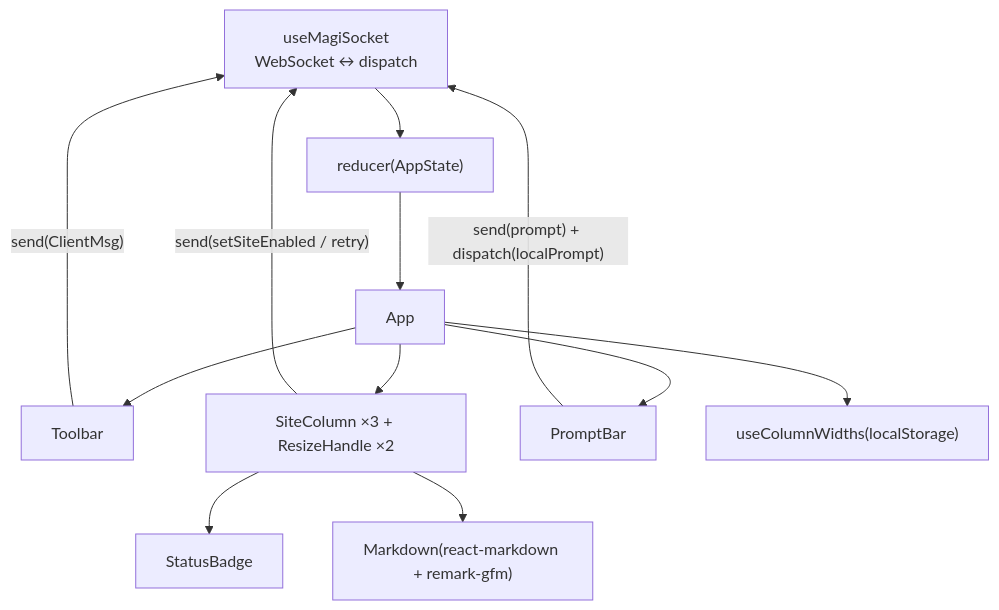
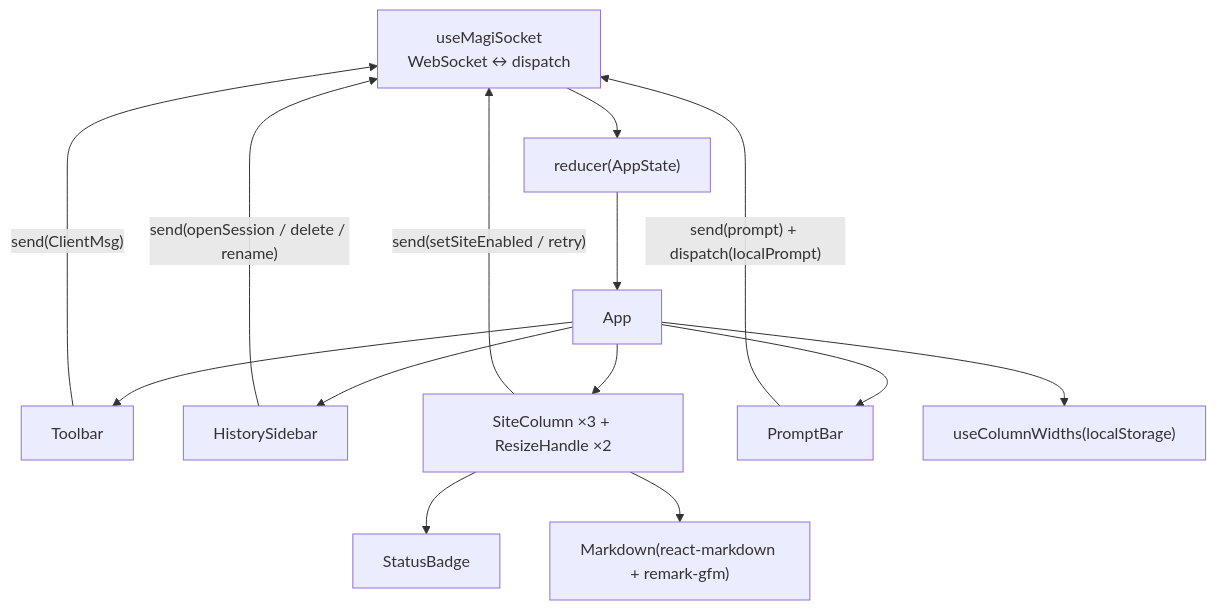
Before and after one commit to MotoyukiKatsumata/katsu-magi: the tenth of 12 diagrams in docs/design.md, drawn with Mermaid. The commit also changed other lines of this file and 29 other files, not shown here.

````diff
--- a/docs/design.md
+++ b/docs/design.md
@@ -526,14 +605,16 @@
 ```mermaid
 flowchart TB
     SOCK["useMagiSocket<br/>WebSocket ↔ dispatch"] --> RED["reducer(AppState)"]
     RED --> APP["App"]
     APP --> TB["Toolbar"]
+    APP --> HS["HistorySidebar"]
     APP --> COLS["SiteColumn ×3 + ResizeHandle ×2"]
     APP --> PB["PromptBar"]
     COLS --> SB["StatusBadge"]
     COLS --> MD["Markdown(react-markdown + remark-gfm)"]
     APP --> CW["useColumnWidths(localStorage)"]
     TB -- "send(ClientMsg)" --> SOCK
     PB -- "send(prompt) + dispatch(localPrompt)" --> SOCK
     COLS -- "send(setSiteEnabled / retry)" --> SOCK
+    HS -- "send(openSession / delete / rename)" --> SOCK
 ```
````
